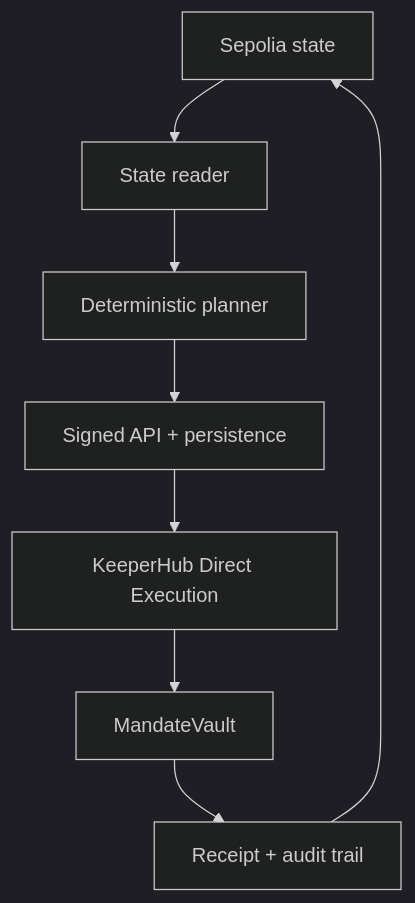
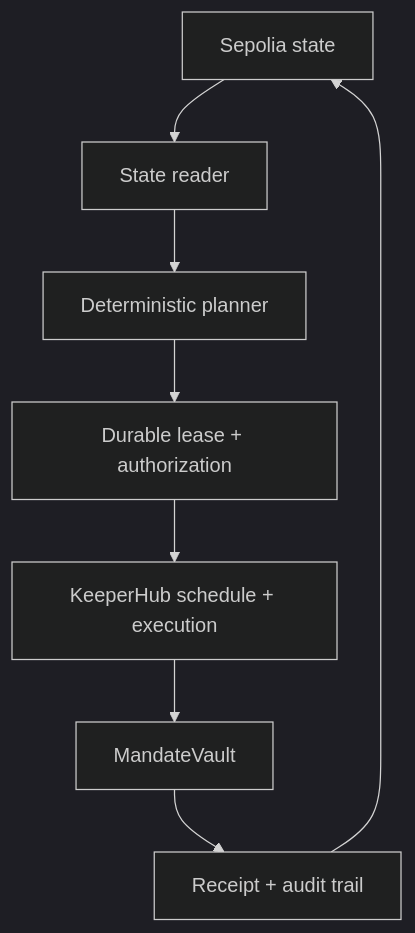
Before and after one commit to ShalyX/mandate-closeout-agent: the diagram in README.md, drawn with Mermaid (dark theme). The commit also changed other lines of this file and 28 other files, not shown here.

````diff
--- a/README.md
+++ b/README.md
@@ -99,10 +100,10 @@
 ```mermaid
 flowchart TD
     A["Sepolia state"] --> B["State reader"]
     B --> C["Deterministic planner"]
-    C --> D["Signed API + persistence"]
-    D --> E["KeeperHub Direct Execution"]
+    C --> D["Durable lease + authorization"]
+    D --> E["KeeperHub schedule + execution"]
     E --> F["MandateVault"]
     F --> G["Receipt + audit trail"]
     G --> A
 ```
````
